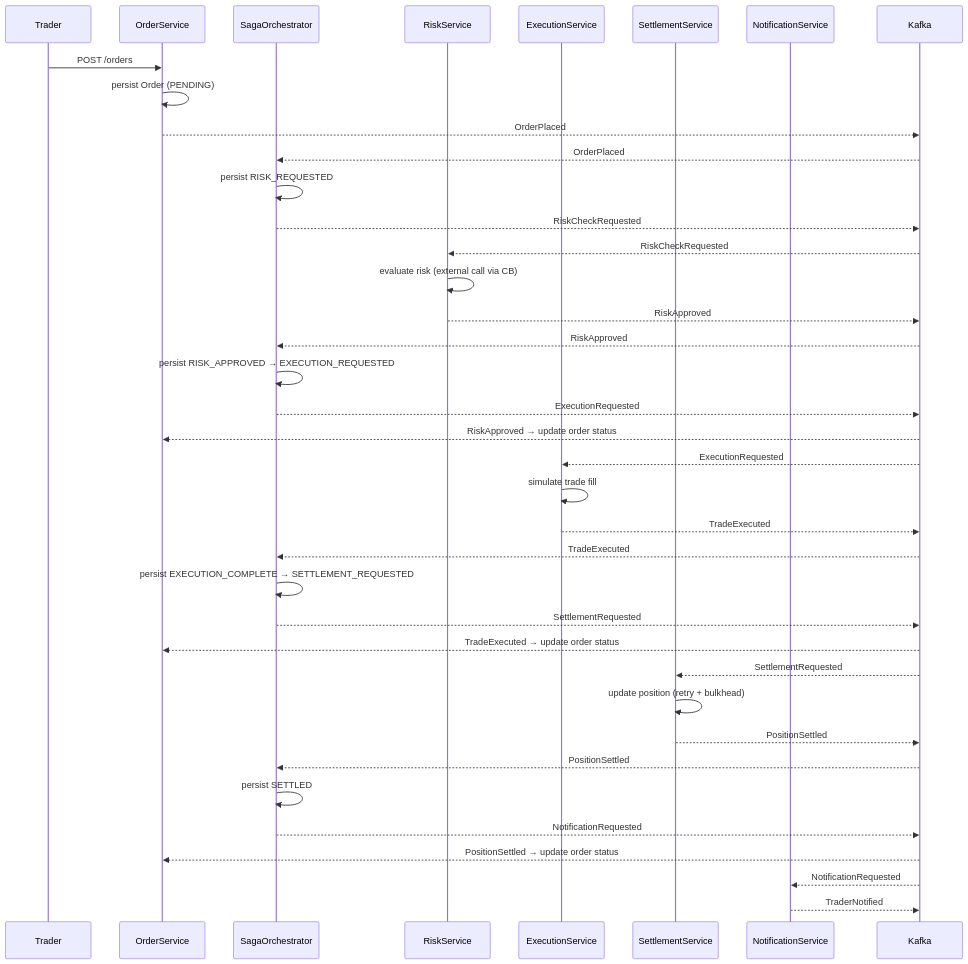
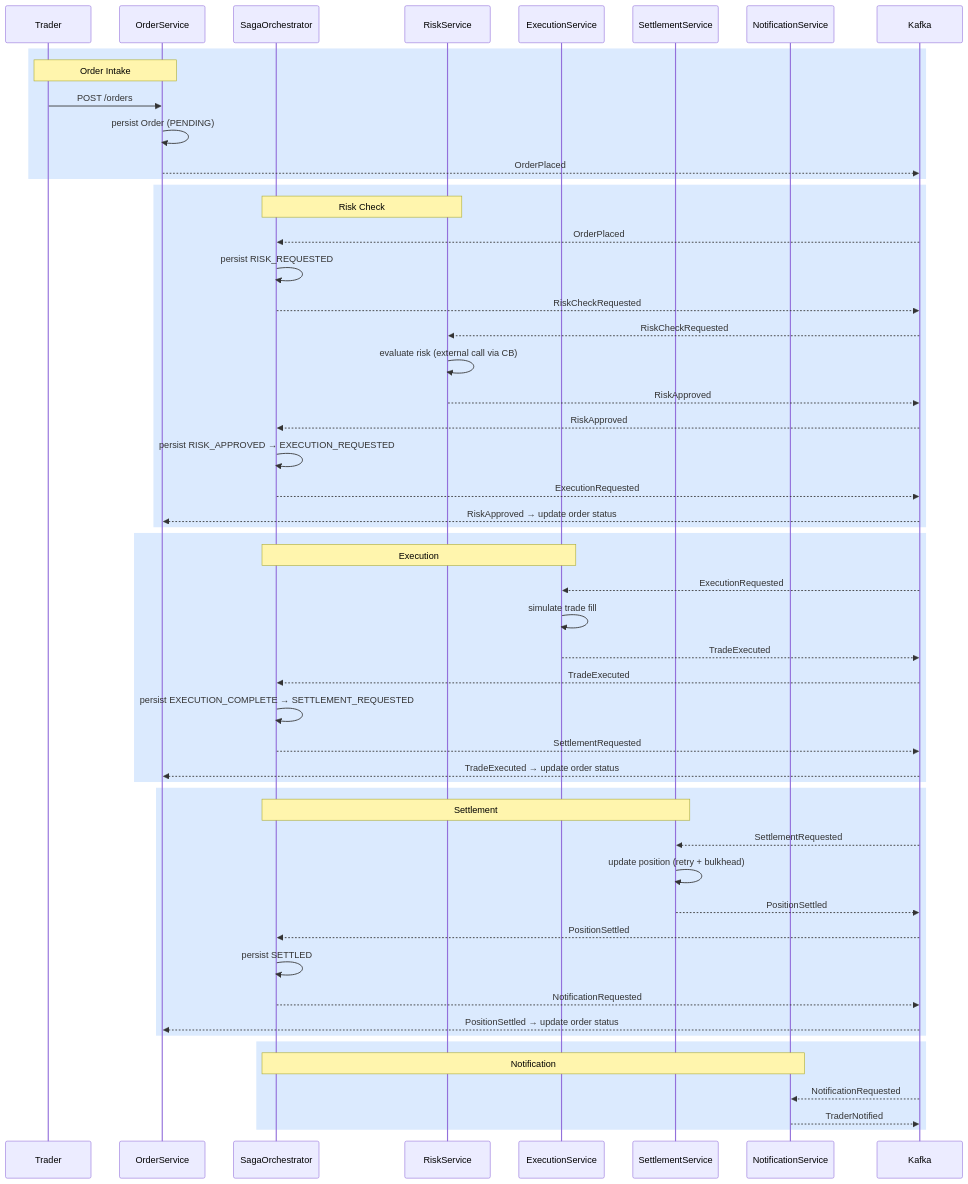
Before and after one commit to rbreunung/spring-kotlin-kafka-gradle-demo-2: the second of 3 diagrams in docs/arch/architecture.md, drawn with Mermaid. The commit also changed other lines of this file and 6 other files, not shown here.

````diff
--- a/docs/arch/architecture.md
+++ b/docs/arch/architecture.md
@@ -122,48 +134,63 @@
 ```mermaid
 sequenceDiagram
     participant Trader
     participant OrderService
     participant SagaOrchestrator
     participant RiskService
     participant ExecutionService
     participant SettlementService
     participant NotificationService
 
-    Trader->>OrderService: POST /orders
-    OrderService->>OrderService: persist Order (PENDING)
-    OrderService-->>Kafka: OrderPlaced
+    rect rgb(219, 234, 254)
+        Note over Trader,OrderService: Order Intake
+        Trader->>OrderService: POST /orders
+        OrderService->>OrderService: persist Order (PENDING)
+        OrderService-->>Kafka: OrderPlaced
+    end
 
-    Kafka-->>SagaOrchestrator: OrderPlaced
-    SagaOrchestrator->>SagaOrchestrator: persist RISK_REQUESTED
-    SagaOrchestrator-->>Kafka: RiskCheckRequested
+    rect rgb(219, 234, 254)
+        Note over SagaOrchestrator,RiskService: Risk Check
+        Kafka-->>SagaOrchestrator: OrderPlaced
+        SagaOrchestrator->>SagaOrchestrator: persist RISK_REQUESTED
+        SagaOrchestrator-->>Kafka: RiskCheckRequested
 
-    Kafka-->>RiskService: RiskCheckRequested
-    RiskService->>RiskService: evaluate risk (external call via CB)
-    RiskService-->>Kafka: RiskApproved
+        Kafka-->>RiskService: RiskCheckRequested
+        RiskService->>RiskService: evaluate risk (external call via CB)
+        RiskService-->>Kafka: RiskApproved
 
-    Kafka-->>SagaOrchestrator: RiskApproved
-    SagaOrchestrator->>SagaOrchestrator: persist RISK_APPROVED → EXECUTION_REQUESTED
-    SagaOrchestrator-->>Kafka: ExecutionRequested
-    Kafka-->>OrderService: RiskApproved → update order status
+        Kafka-->>SagaOrchestrator: RiskApproved
+        SagaOrchestrator->>SagaOrchestrator: persist RISK_APPROVED → EXECUTION_REQUESTED
+        SagaOrchestrator-->>Kafka: ExecutionRequested
+        Kafka-->>OrderService: RiskApproved → update order status
+    end
 
-    Kafka-->>ExecutionService: ExecutionRequested
-    ExecutionService->>ExecutionService: simulate trade fill
-    ExecutionService-->>Kafka: TradeExecuted
+    rect rgb(219, 234, 254)
+        Note over SagaOrchestrator,ExecutionService: Execution
+        Kafka-->>ExecutionService: ExecutionRequested
+        ExecutionService->>ExecutionService: simulate trade fill
+        ExecutionService-->>Kafka: TradeExecuted
 
-    Kafka-->>SagaOrchestrator: TradeExecuted
-    SagaOrchestrator->>SagaOrchestrator: persist EXECUTION_COMPLETE → SETTLEMENT_REQUESTED
-    SagaOrchestrator-->>Kafka: SettlementRequested
-    Kafka-->>OrderService: TradeExecuted → update order status
+        Kafka-->>SagaOrchestrator: TradeExecuted
+        SagaOrchestrator->>SagaOrchestrator: persist EXECUTION_COMPLETE → SETTLEMENT_REQUESTED
+        SagaOrchestrator-->>Kafka: SettlementRequested
+        Kafka-->>OrderService: TradeExecuted → update order status
+    end
 
-    Kafka-->>SettlementService: SettlementRequested
-    SettlementService->>SettlementService: update position (retry + bulkhead)
-    SettlementService-->>Kafka: PositionSettled
+    rect rgb(219, 234, 254)
+        Note over SagaOrchestrator,SettlementService: Settlement
+        Kafka-->>SettlementService: SettlementRequested
+        SettlementService->>SettlementService: update position (retry + bulkhead)
+        SettlementService-->>Kafka: PositionSettled
 
-    Kafka-->>SagaOrchestrator: PositionSettled
-    SagaOrchestrator->>SagaOrchestrator: persist SETTLED
-    SagaOrchestrator-->>Kafka: NotificationRequested
-    Kafka-->>OrderService: PositionSettled → update order status
+        Kafka-->>SagaOrchestrator: PositionSettled
+        SagaOrchestrator->>SagaOrchestrator: persist SETTLED
+        SagaOrchestrator-->>Kafka: NotificationRequested
+        Kafka-->>OrderService: PositionSettled → update order status
+    end
 
-    Kafka-->>NotificationService: NotificationRequested
-    NotificationService-->>Kafka: TraderNotified
+    rect rgb(219, 234, 254)
+        Note over SagaOrchestrator,NotificationService: Notification
+        Kafka-->>NotificationService: NotificationRequested
+        NotificationService-->>Kafka: TraderNotified
+    end
 ```
````
